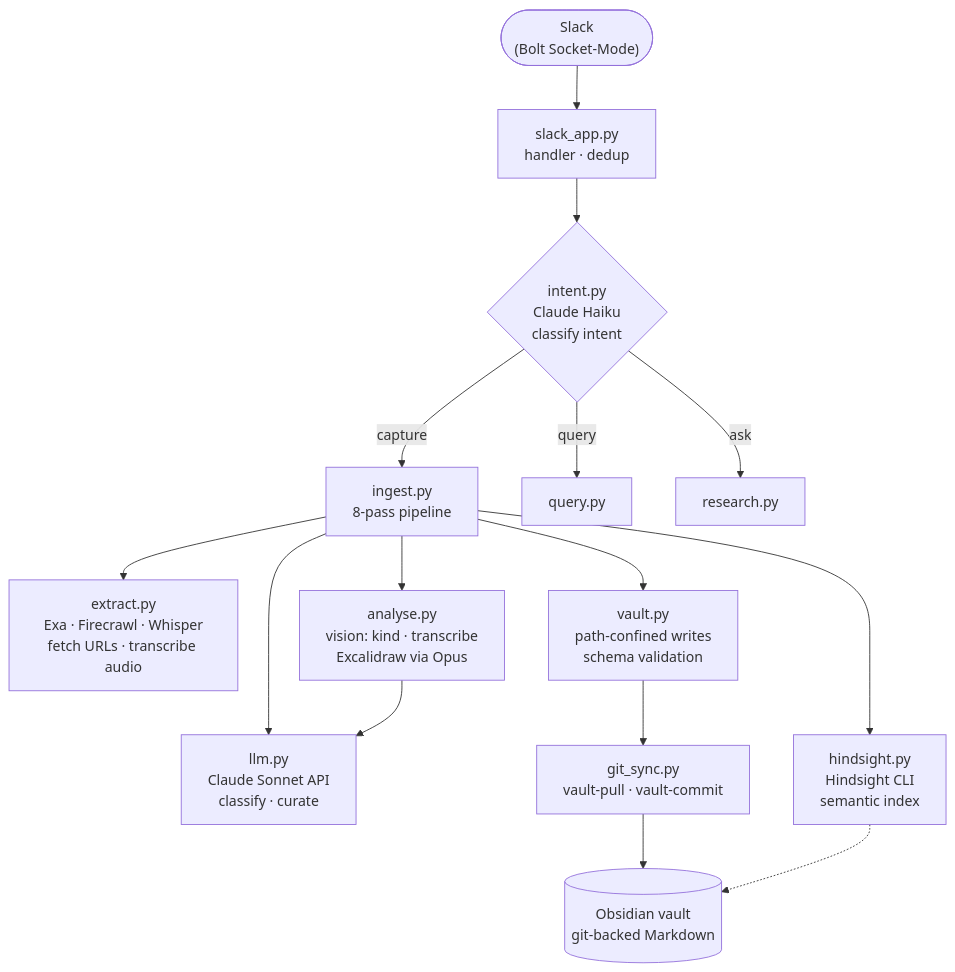
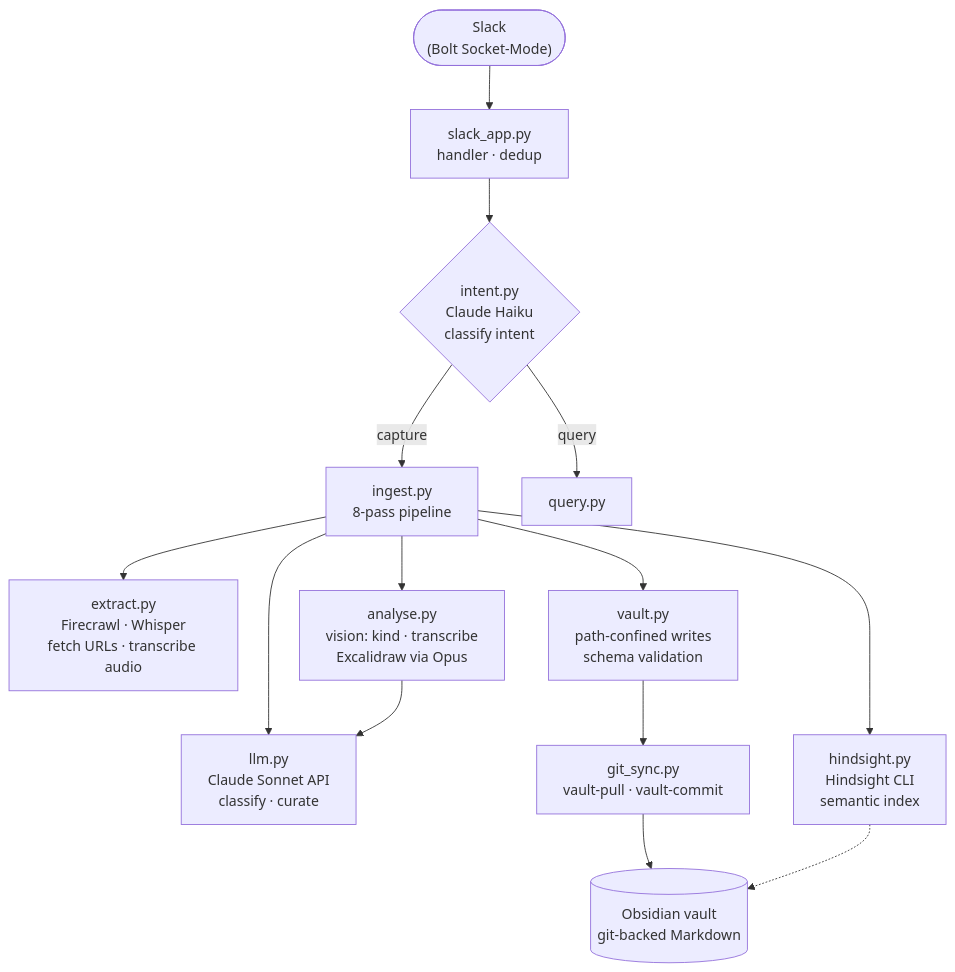
One commit to gilesknap/thoth changed the first of 2 diagrams in docs/explanations/architecture.md. Above: the diagram before and after it, drawn with Mermaid. The commit also changed other lines of this file and 35 other files, not shown here.

First line of the commit message:
refactor: remove the ask feature and the Exa dependency (keep Firecrawl)

````diff
--- a/docs/explanations/architecture.md
+++ b/docs/explanations/architecture.md
@@ -26,18 +26,17 @@
 ```{mermaid}
 flowchart TB
     slack(["Slack<br>(Bolt Socket-Mode)"])
     slack --> sa["slack_app.py<br>handler · dedup"]
     sa --> ig{"intent.py<br>Claude Haiku<br>classify intent"}
     ig -->|capture| ing["ingest.py<br>8-pass pipeline"]
     ig -->|query| qry["query.py"]
-    ig -->|ask| res["research.py"]
-    ing --> ext["extract.py<br>Exa · Firecrawl · Whisper<br>fetch URLs · transcribe audio"]
+    ing --> ext["extract.py<br>Firecrawl · Whisper<br>fetch URLs · transcribe audio"]
     ing --> an["analyse.py<br>vision: kind · transcribe<br>Excalidraw via Opus"]
     ing --> llm["llm.py<br>Claude Sonnet API<br>classify · curate"]
     an --> llm
     ing --> va["vault.py<br>path-confined writes<br>schema validation"]
     ing --> hs["hindsight.py<br>Hindsight CLI<br>semantic index"]
     va --> gs["git_sync.py<br>vault-pull · vault-commit"]
     gs --> ov[("Obsidian vault<br>git-backed Markdown")]
     hs -.-> ov
 ```
````
